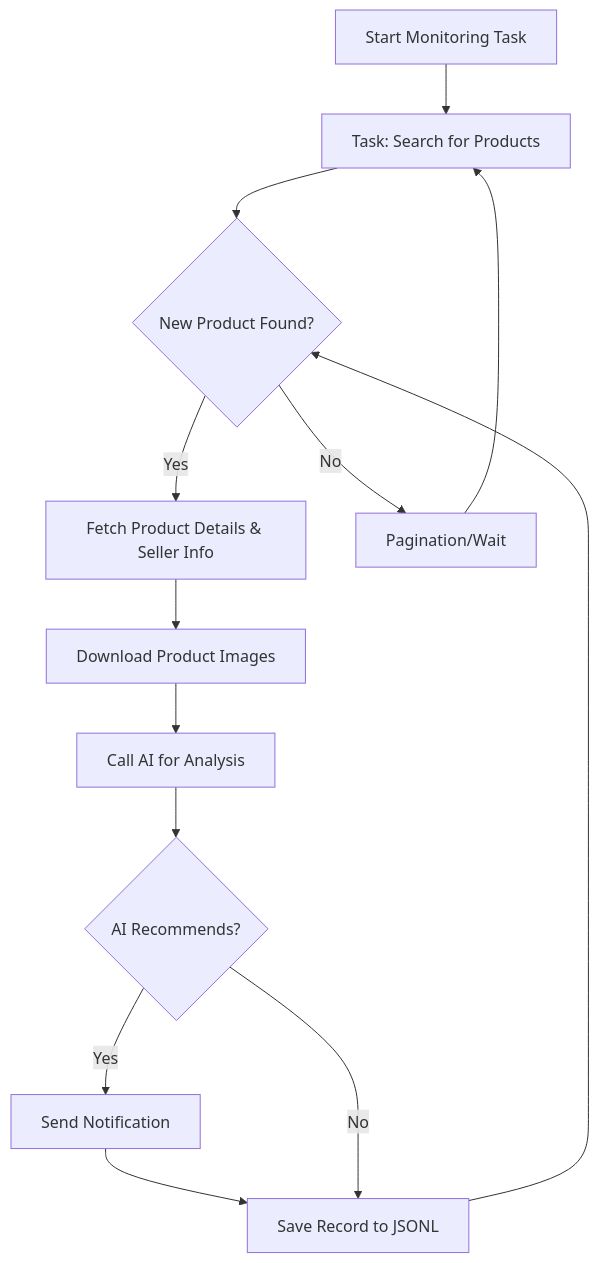
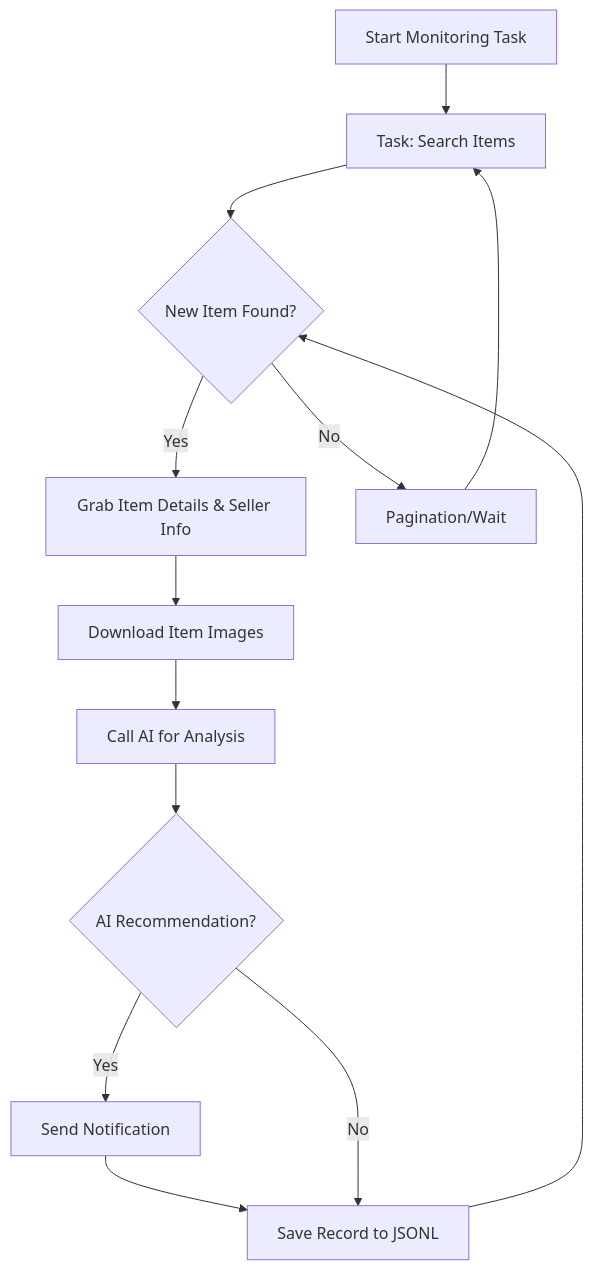
Before and after one commit to saurav-z/repo-docs: the diagram in docs/dingyufei615-ai-goofish-monitor.md, drawn with Mermaid. The commit also changed other lines of this file and 216 other files, not shown here.

````diff
--- a/docs/dingyufei615-ai-goofish-monitor.md
+++ b/docs/dingyufei615-ai-goofish-monitor.md
@@ -227,15 +20,15 @@
 ```mermaid
 graph TD
-    A[Start Monitoring Task] --> B[Task: Search for Products];
-    B --> C{New Product Found?};
-    C -- Yes --> D[Fetch Product Details & Seller Info];
-    D --> E[Download Product Images];
+    A[Start Monitoring Task] --> B[Task: Search Items];
+    B --> C{New Item Found?};
+    C -- Yes --> D[Grab Item Details & Seller Info];
+    D --> E[Download Item Images];
     E --> F[Call AI for Analysis];
-    F --> G{AI Recommends?};
+    F --> G{AI Recommendation?};
     G -- Yes --> H[Send Notification];
     H --> I[Save Record to JSONL];
     G -- No --> I;
     C -- No --> J[Pagination/Wait];
     J --> B;
     I --> C;
 ```
````
